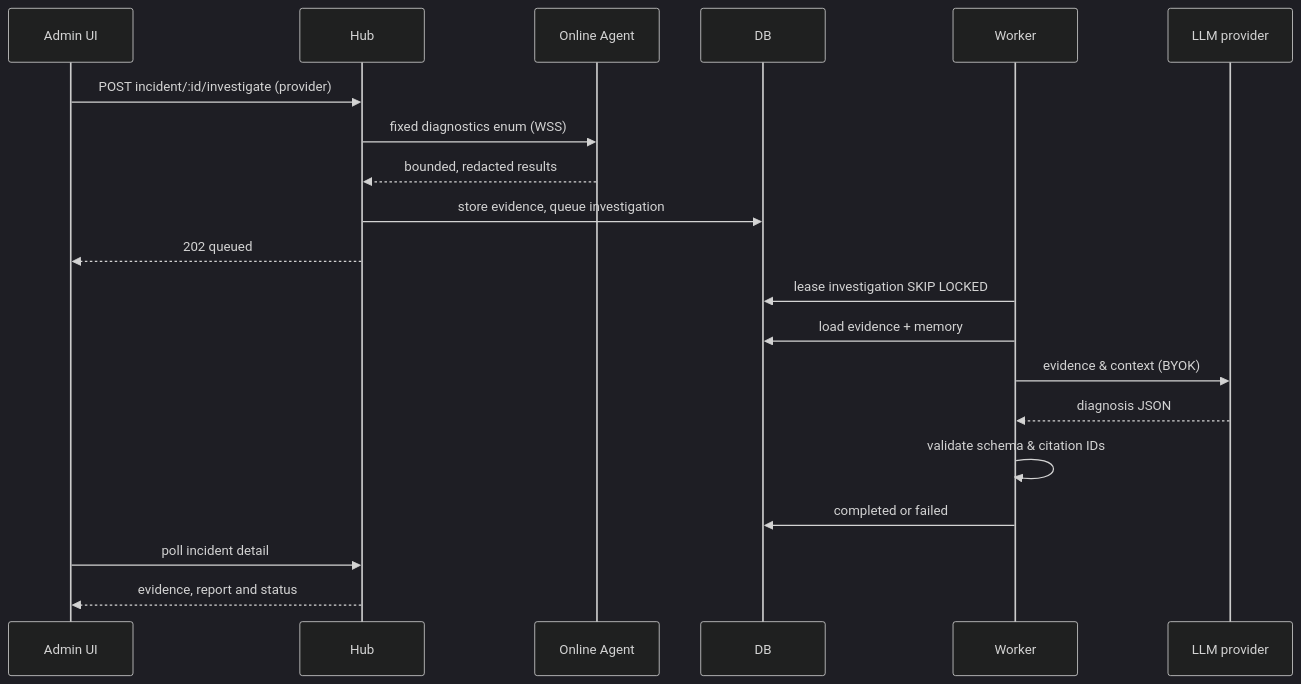
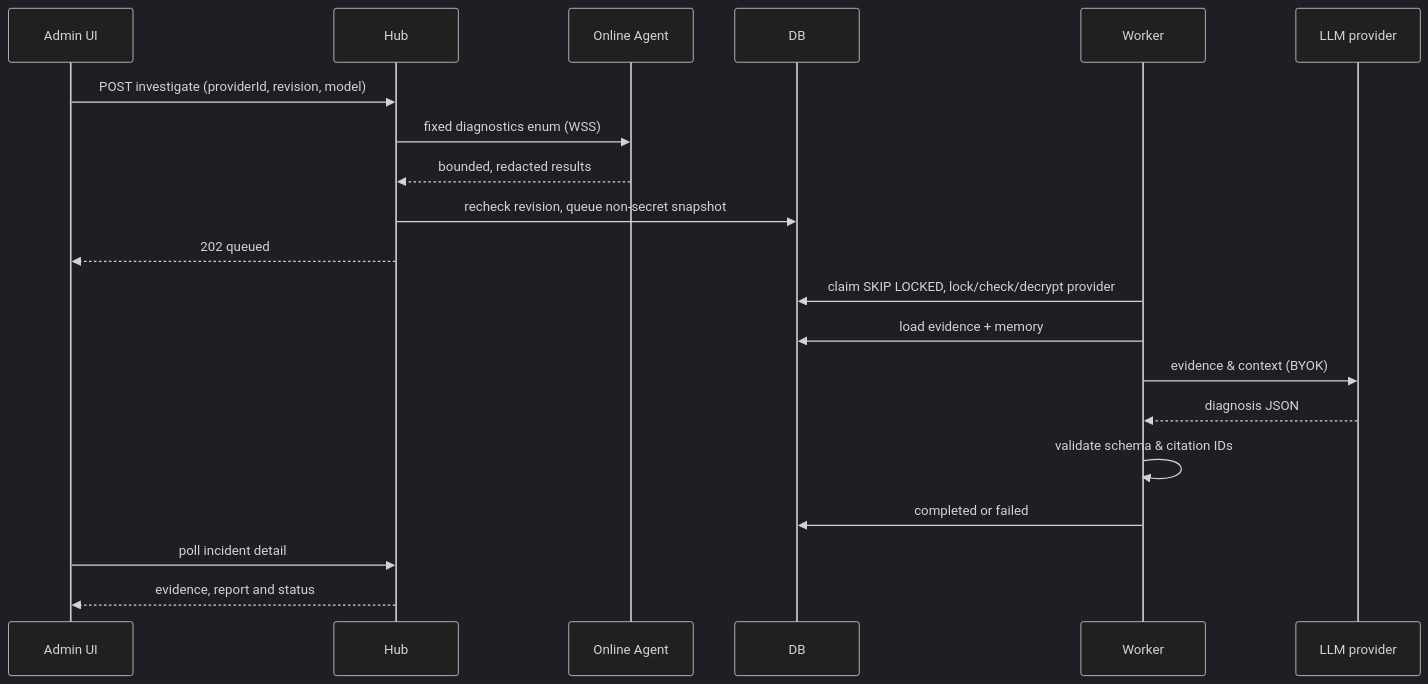
The third of 3 diagrams in docs/ARCHITECTURE.md (kuenobaikbanget/opspilot), drawn with Mermaid (dark theme) before and after one commit. The commit also changed other lines of this file and 48 other files, not shown here.

````diff
--- a/docs/ARCHITECTURE.md
+++ b/docs/ARCHITECTURE.md
@@ -51,22 +51,22 @@
 ```mermaid
 sequenceDiagram
   participant UI as Admin UI
   participant H as Hub
   participant A as Online Agent
   participant DB as DB
   participant W as Worker
   participant L as LLM provider
-  UI->>H: POST incident/:id/investigate (provider)
+  UI->>H: POST investigate (providerId, revision, model)
   H->>A: fixed diagnostics enum (WSS)
   A-->>H: bounded, redacted results
-  H->>DB: store evidence, queue investigation
+  H->>DB: recheck revision, queue non-secret snapshot
   H-->>UI: 202 queued
-  W->>DB: lease investigation SKIP LOCKED
+  W->>DB: claim SKIP LOCKED, lock/check/decrypt provider
   W->>DB: load evidence + memory
   W->>L: evidence & context (BYOK)
   L-->>W: diagnosis JSON
   W->>W: validate schema & citation IDs
   W->>DB: completed or failed
   UI->>H: poll incident detail
   H-->>UI: evidence, report and status
 ```
````
